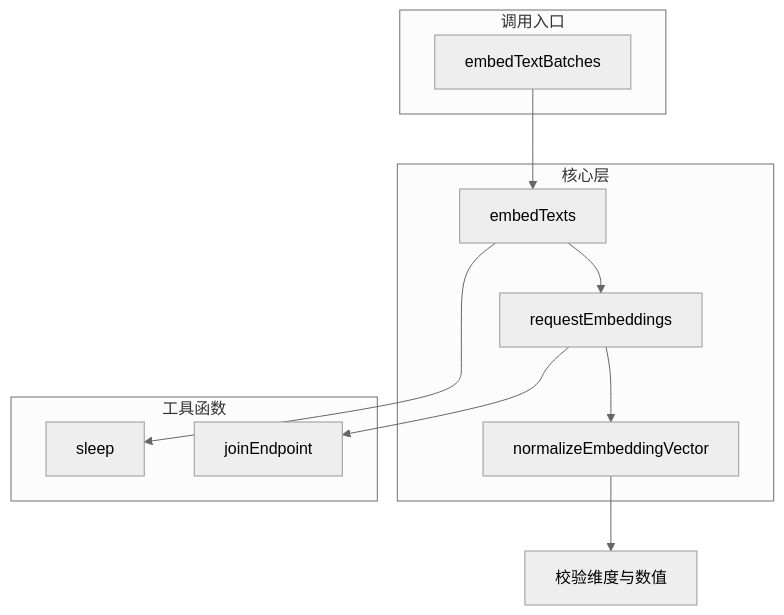
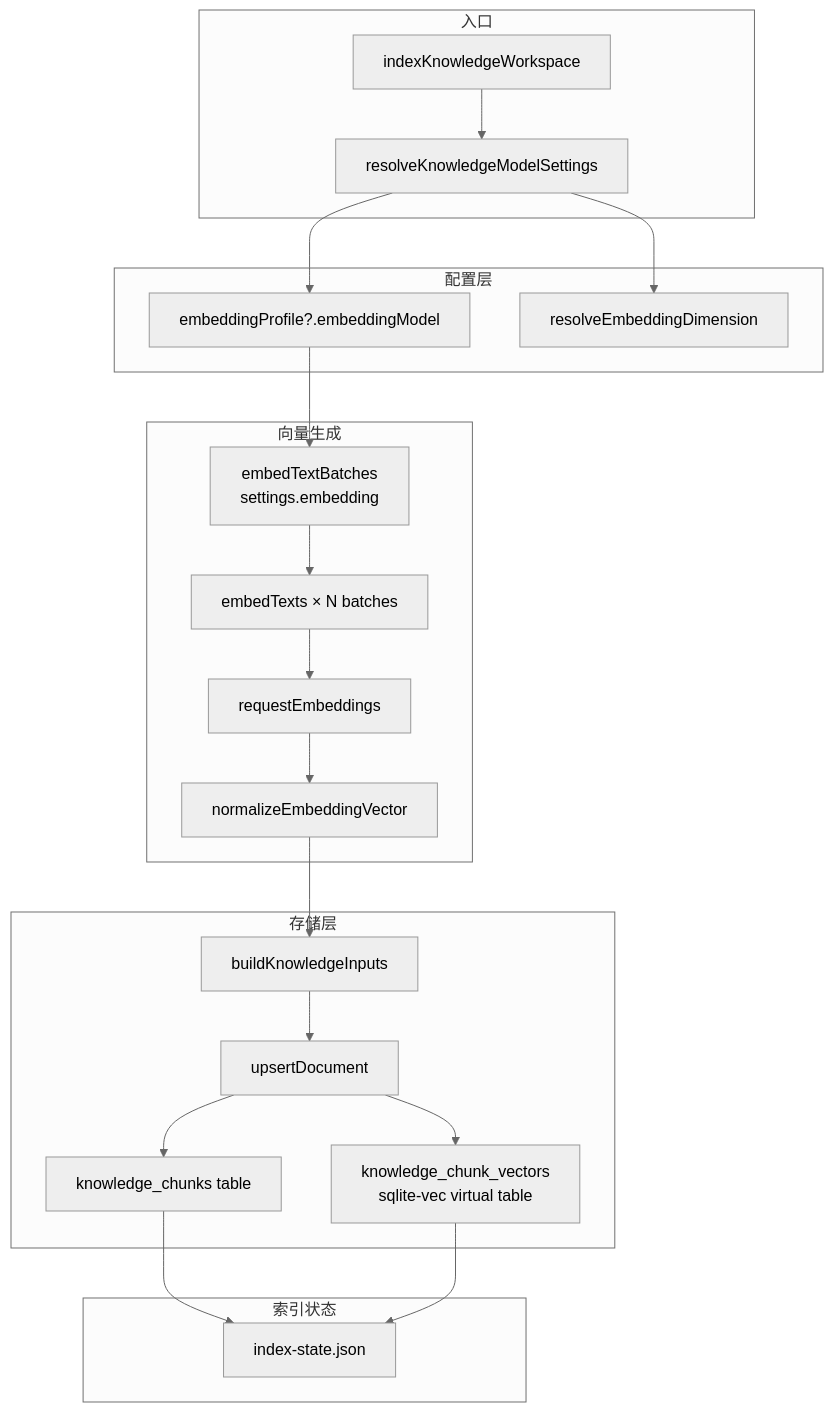
The first of 2 diagrams in .tech/repowiki/zh/content/核心模块规格/知识库后端引擎总览/知识库后端引擎：embedding client.md (lst016/tech-cc-hub), drawn with Mermaid (neutral theme) before and after one commit. The commit also changed other lines of this file and 195 other files, not shown here.

````diff
--- a/.tech/repowiki/zh/content/核心模块规格/知识库后端引擎总览/知识库后端引擎：embedding client.md
+++ b/.tech/repowiki/zh/content/核心模块规格/知识库后端引擎总览/知识库后端引擎：embedding client.md
@@ -93,21 +120,30 @@
 ```mermaid
 flowchart TD
-    subgraph "调用入口"
-        A[embedTextBatches]
+    subgraph 入口
+        A[indexKnowledgeWorkspace] --> B[resolveKnowledgeModelSettings]
     end
 
-    subgraph "核心层"
-        A --> B[embedTexts]
-        B --> C[requestEmbeddings]
-        C --> D[normalizeEmbeddingVector]
+    subgraph 配置层
+        B --> C[embeddingProfile?.embeddingModel]
+        B --> D[resolveEmbeddingDimension]
     end
 
-    subgraph "工具函数"
-        E[joinEndpoint]
-        F[sleep]
+    subgraph 向量生成
+        C --> E[embedTextBatches<br/>settings.embedding]
+        E --> F[embedTexts × N batches]
+        F --> G[requestEmbeddings]
+        G --> H[normalizeEmbeddingVector]
     end
 
-    C --> E
-    B --> F
-    D --> G[校验维度与数值]
+    subgraph 存储层
+        H --> I[buildKnowledgeInputs]
+        I --> J[upsertDocument]
+        J --> K[knowledge_chunks table]
+        J --> L[knowledge_chunk_vectors<br/>sqlite-vec virtual table]
+    end
+
+    subgraph 索引状态
+        K --> M[index-state.json]
+        L --> M
+    end
 ```
````
